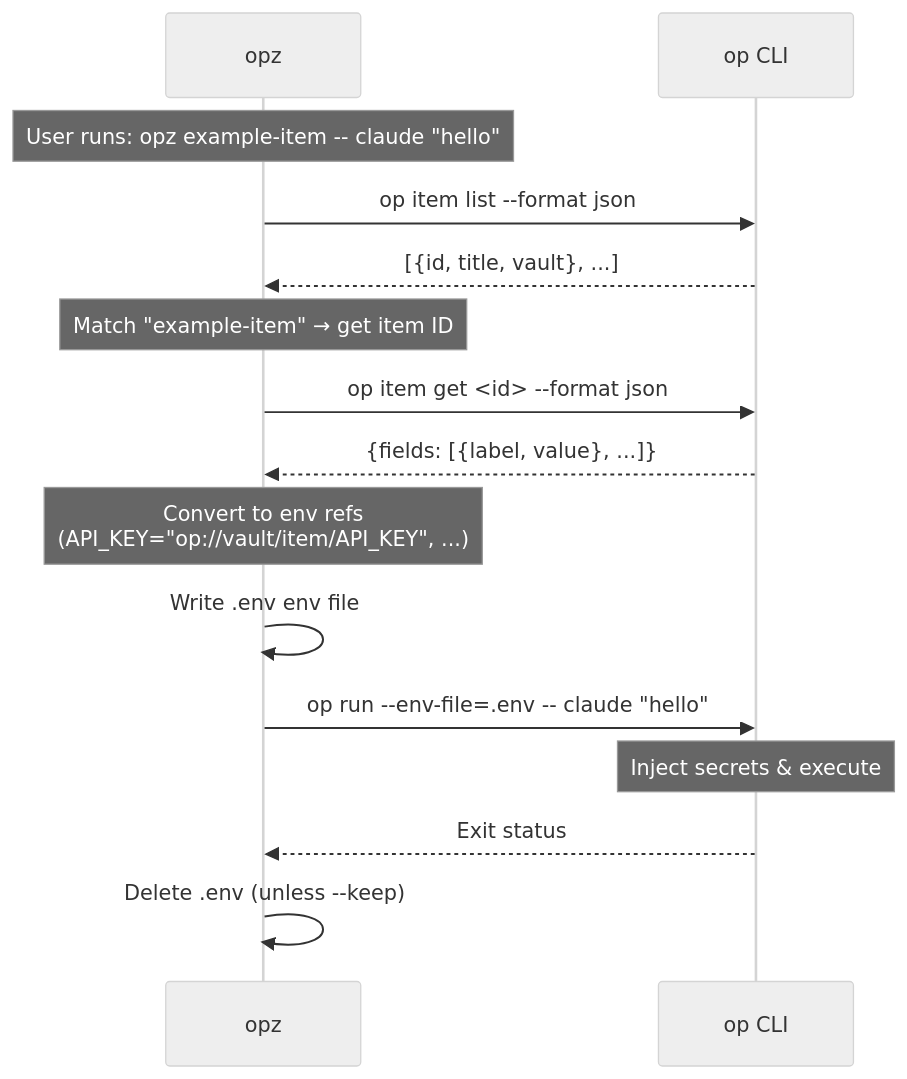
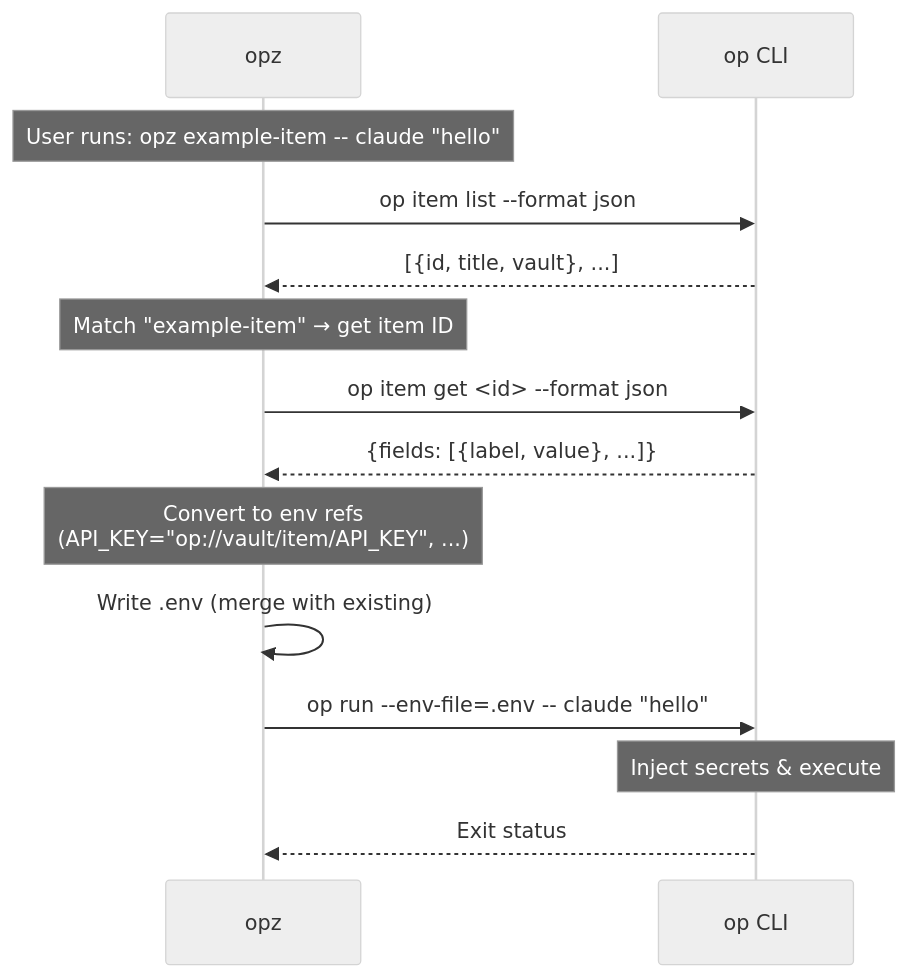
The diagram in README.md (f4ah6o/opx), drawn with Mermaid (neutral theme) before and after one commit. The commit also changed other lines of this file and 2 other files, not shown here.

````diff
--- a/README.md
+++ b/README.md
@@ -78,23 +104,21 @@
 ```mermaid
 sequenceDiagram
     participant opz
     participant op as op CLI
 
     Note over opz: User runs: opz example-item -- claude "hello"
 
     opz->>op: op item list --format json
     op-->>opz: [{id, title, vault}, ...]
     Note over opz: Match "example-item" → get item ID
 
     opz->>op: op item get <id> --format json
     op-->>opz: {fields: [{label, value}, ...]}
     Note over opz: Convert to env refs<br/>(API_KEY="op://vault/item/API_KEY", ...)
 
-    opz->>opz: Write .env env file
+    opz->>opz: Write .env (merge with existing)
 
     opz->>op: op run --env-file=.env -- claude "hello"
     Note over op: Inject secrets & execute
     op-->>opz: Exit status
-
-    opz->>opz: Delete .env (unless --keep)
 ```
````
